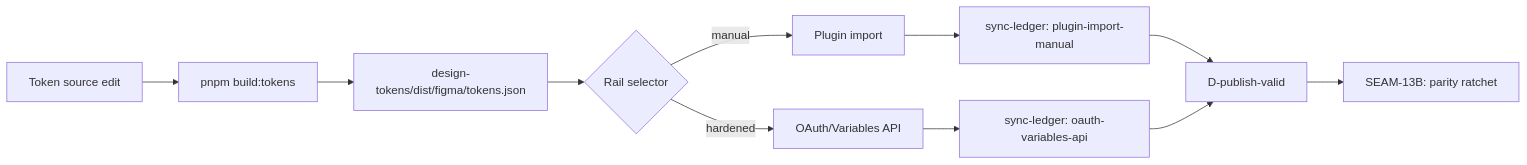
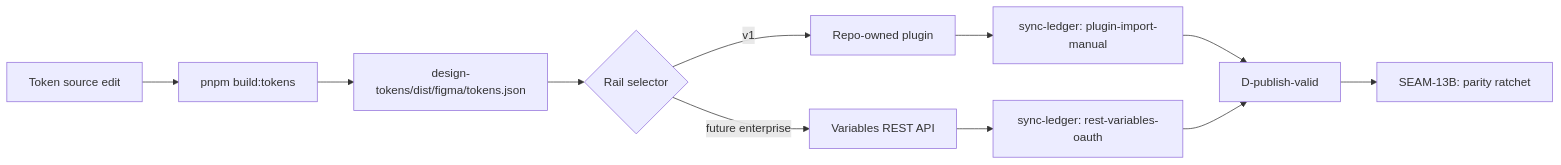
One commit to atomize-hq/collider changed the first of 2 diagrams in harness-completion/threaded-seams/seam-12b-hardened-figma-variables-rail/review.md. Above: the diagram before and after it, drawn with Mermaid. The commit also changed other lines of this file and 39 other files, not shown here.

````diff
--- a/harness-completion/threaded-seams/seam-12b-hardened-figma-variables-rail/review.md
+++ b/harness-completion/threaded-seams/seam-12b-hardened-figma-variables-rail/review.md
@@ -23,13 +23,13 @@
 ```mermaid
 flowchart LR
   A[Token source edit] --> B[pnpm build:tokens]
   B --> C["design-tokens/dist/figma/tokens.json"]
   C --> D{Rail selector}
-  D -->|manual| E[Plugin import]
-  D -->|hardened| F[OAuth/Variables API]
+  D -->|v1| E[Repo-owned plugin]
+  D -->|future enterprise| F[Variables REST API]
   E --> G["sync-ledger: plugin-import-manual"]
-  F --> H["sync-ledger: oauth-variables-api"]
+  F --> H["sync-ledger: rest-variables-oauth"]
   G --> I[D-publish-valid]
   H --> I
   I --> J[SEAM-13B: parity ratchet]
 ```
````
